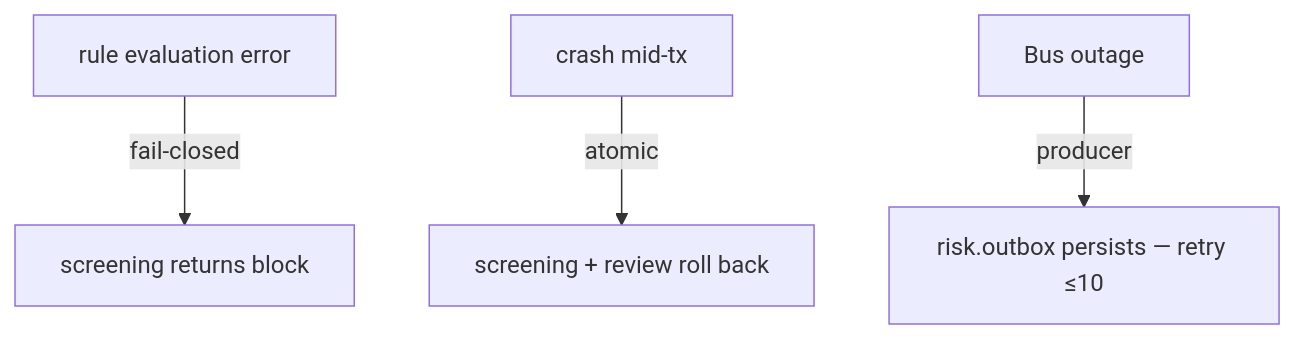
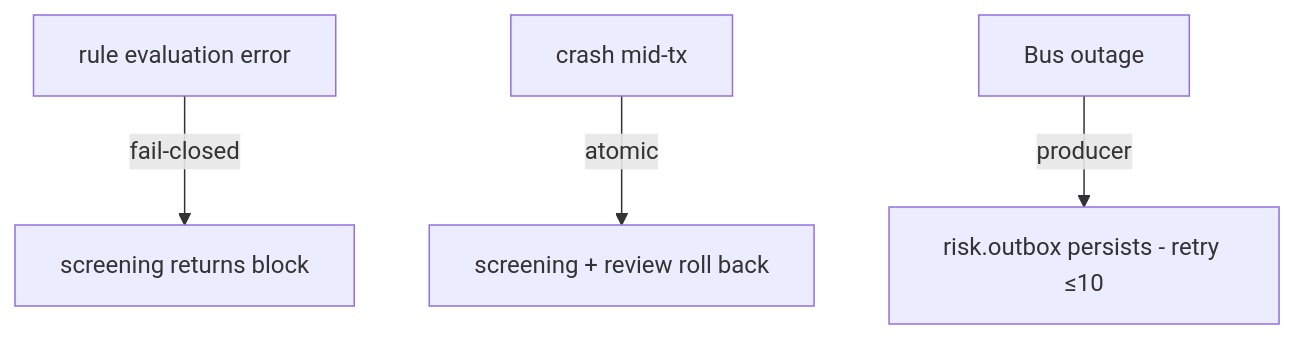
Before and after one commit to commerce8/bill8-site: the fifth of 6 diagrams in docs/products/risk/design.md, drawn with Mermaid. The commit also changed other lines of this file and 45 other files, not shown here.

````diff
--- a/docs/products/risk/design.md
+++ b/docs/products/risk/design.md
@@ -93,6 +93,6 @@
 ```mermaid
 flowchart TD
     EVAL_FAIL["rule evaluation error"] -->|"fail-closed"| BLOCK["screening returns block"]
     CRASH["crash mid-tx"] -->|"atomic"| RB["screening + review roll back"]
-    RELAY_FAIL["Bus outage"] -->|"producer"| OUTBOX["risk.outbox persists — retry ≤10"]
+    RELAY_FAIL["Bus outage"] -->|"producer"| OUTBOX["risk.outbox persists - retry ≤10"]
 ```
````
